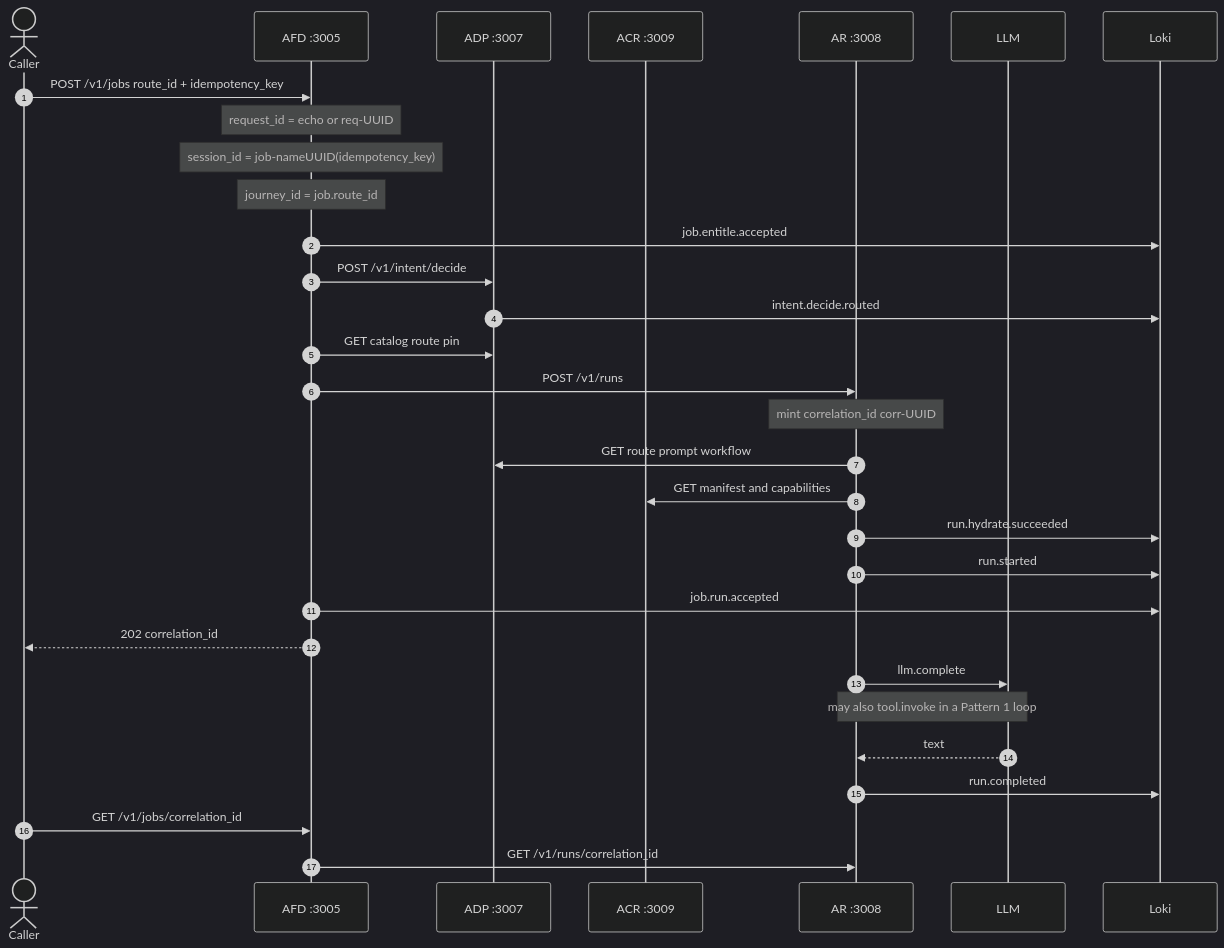
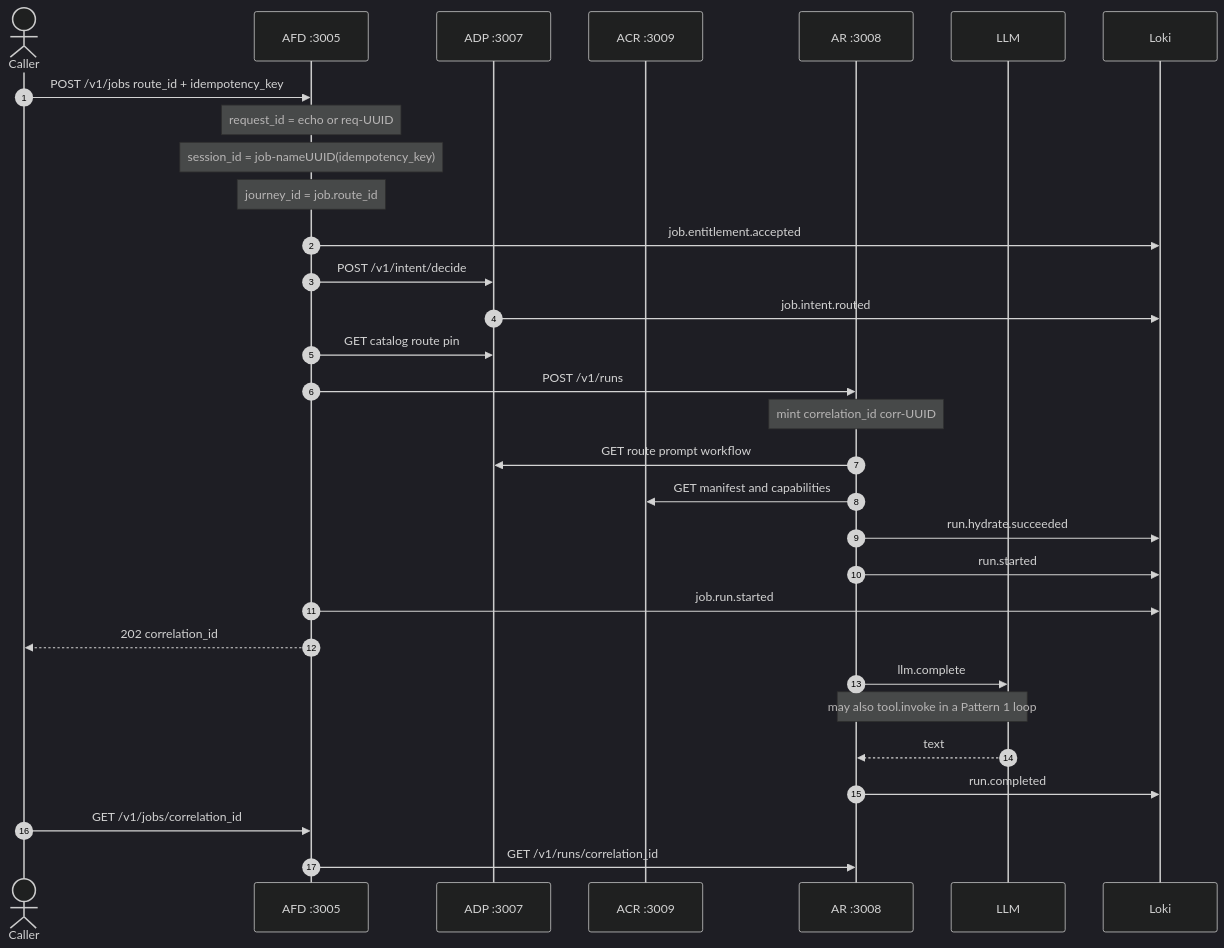
One commit to iamsharmajitender/enterprise-agent-fabric changed the first of 6 diagrams in agent-fabric-docs/02-understand/ids.md. Above: the diagram before and after it, drawn with Mermaid (dark theme). The commit also changed other lines of this file and 26 other files, not shown here.

````diff
--- a/agent-fabric-docs/02-understand/ids.md
+++ b/agent-fabric-docs/02-understand/ids.md
@@ -98,34 +98,34 @@
 ```mermaid
 sequenceDiagram
   autonumber
   actor Caller
   participant AFD as AFD :3005
   participant ADP as ADP :3007
   participant ACR as ACR :3009
   participant AR as AR :3008
   participant LLM as LLM
   participant Loki as Loki
 
   Caller->>AFD: POST /v1/jobs route_id + idempotency_key
   Note over AFD: request_id = echo or req-UUID
   Note over AFD: session_id = job-nameUUID(idempotency_key)
   Note over AFD: journey_id = job.route_id
-  AFD->>Loki: job.entitle.accepted
+  AFD->>Loki: job.entitlement.accepted
   AFD->>ADP: POST /v1/intent/decide
-  ADP->>Loki: intent.decide.routed
+  ADP->>Loki: job.intent.routed
   AFD->>ADP: GET catalog route pin
   AFD->>AR: POST /v1/runs
   Note over AR: mint correlation_id corr-UUID
   AR->>ADP: GET route prompt workflow
   AR->>ACR: GET manifest and capabilities
   AR->>Loki: run.hydrate.succeeded
   AR->>Loki: run.started
-  AFD->>Loki: job.run.accepted
+  AFD->>Loki: job.run.started
   AFD-->>Caller: 202 correlation_id
   AR->>LLM: llm.complete
   Note over AR,LLM: may also tool.invoke in a Pattern 1 loop
   LLM-->>AR: text
   AR->>Loki: run.completed
   Caller->>AFD: GET /v1/jobs/correlation_id
   AFD->>AR: GET /v1/runs/correlation_id
 ```
````
